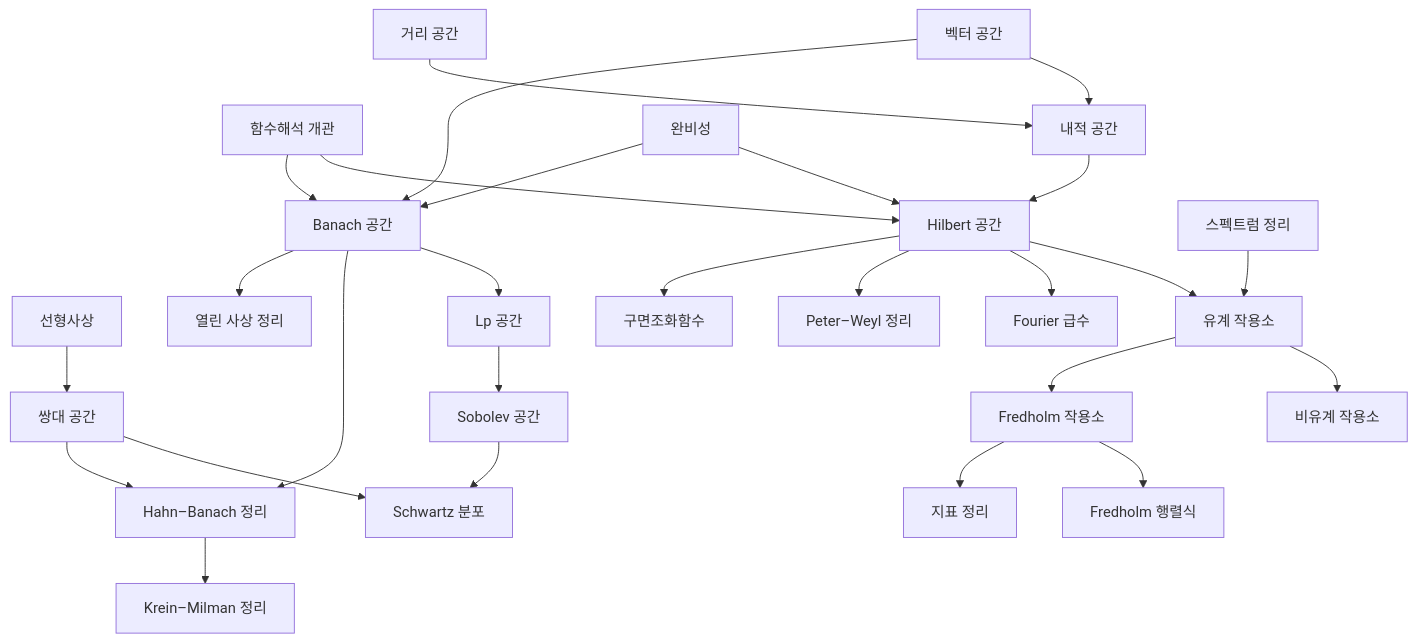
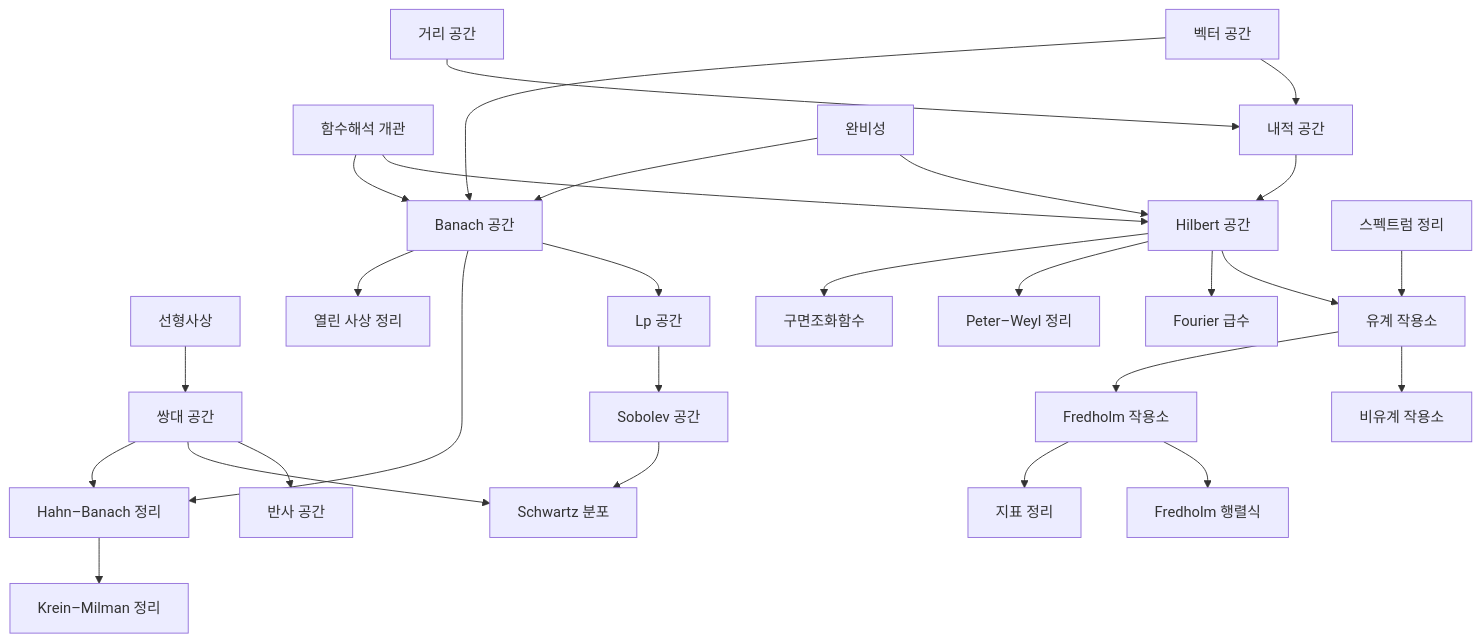
One commit to Phryxia/math-map changed the diagram in docs/functional-analysis-overview.md. Above: the diagram before and after it, drawn with Mermaid. The commit also changed other lines of this file and 5 other files, not shown here.

````diff
--- a/docs/functional-analysis-overview.md
+++ b/docs/functional-analysis-overview.md
@@ -15,27 +15,28 @@
 ```mermaid
 graph TD
   FAO["함수해석 개관"] --> HS["Hilbert 공간"]
   FAO --> BS["Banach 공간"]
   VS["벡터 공간"] --> IPS["내적 공간"]
   MS["거리 공간"] --> IPS
   COMP["완비성"] --> HS
   IPS --> HS
   COMP --> BS
   VS --> BS
   LM["선형사상"] --> DS["쌍대 공간"]
   BS --> LPS["Lp 공간"] --> SOB["Sobolev 공간"] --> SD["Schwartz 분포"]
+  DS --> RF["반사 공간"]
   DS --> SD
   BS --> HB["Hahn–Banach 정리"]
   DS --> HB
   HB --> KM["Krein–Milman 정리"]
   BS --> OMT["열린 사상 정리"]
   HS --> BO["유계 작용소"]
   ST["스펙트럼 정리"] --> BO
   BO --> UBO["비유계 작용소"]
   BO --> FO["Fredholm 작용소"]
   FO --> FD["Fredholm 행렬식"]
   FO --> IT["지표 정리"]
   HS --> FS["Fourier 급수"]
   HS --> PW["Peter–Weyl 정리"]
   HS --> SH["구면조화함수"]
 ```
````
